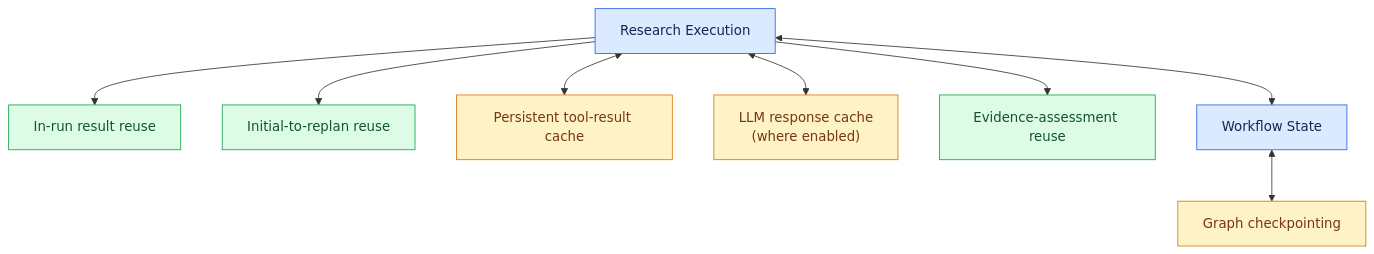
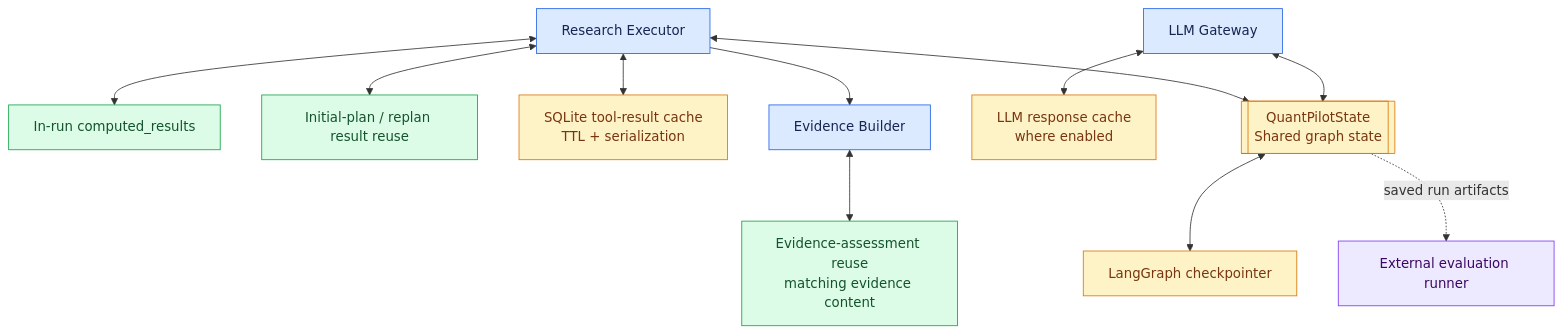
The fifth of 5 diagrams in quantpilot/README.md (vaibhav-rj/Agentic_AI), drawn with Mermaid before and after one commit. The commit also changed other lines of this file and 1 other file, not shown here.

Commit message:
updated central and schema readme.md

````diff
--- a/quantpilot/README.md
+++ b/quantpilot/README.md
@@ -319,27 +327,35 @@
 ```mermaid
 flowchart TB
-    EXEC["Research Execution"]
-    INRUN["In-run result reuse"]
-    INTER["Initial-to-replan reuse"]
-    TOOL["Persistent tool-result cache"]
-    LLM["LLM response cache<br/>(where enabled)"]
-    EVID["Evidence-assessment reuse"]
-    CHECK["Graph checkpointing"]
-    STATE["Workflow State"]
+    EXEC["Research Executor"]
+    COMPUTED["In-run computed_results"]
+    REPLAN["Initial-plan / replan result reuse"]
+    TOOL["SQLite tool-result cache<br/>TTL + serialization"]
+    EVID["Evidence Builder"]
+    ASSESS["Evidence-assessment reuse<br/>matching evidence content"]
+    LLM["LLM Gateway"]
+    LLM_CACHE["LLM response cache<br/>where enabled"]
+    STATE[["QuantPilotState<br/>Shared graph state"]]
+    CHECK["LangGraph checkpointer"]
+    EVAL["External evaluation runner"]
 
-    EXEC --> INRUN
-    EXEC --> INTER
+    EXEC <--> COMPUTED
+    EXEC <--> REPLAN
     EXEC <--> TOOL
-    EXEC <--> LLM
     EXEC --> EVID
+    EVID <--> ASSESS
+    LLM <--> LLM_CACHE
     EXEC <--> STATE
+    LLM <--> STATE
     STATE <--> CHECK
+    STATE -. saved run artifacts .-> EVAL
 
     classDef execution fill:#dbeafe,stroke:#2563eb,color:#172554
     classDef reuse fill:#dcfce7,stroke:#16a34a,color:#14532d
     classDef persistence fill:#fef3c7,stroke:#d97706,color:#78350f
+    classDef evaluation fill:#ede9fe,stroke:#7c3aed,color:#3b0764
 
-    class EXEC,STATE execution
-    class INRUN,INTER,EVID reuse
-    class TOOL,LLM,CHECK persistence
+    class EXEC,EVID,LLM execution
+    class COMPUTED,REPLAN,ASSESS reuse
+    class TOOL,LLM_CACHE,STATE,CHECK persistence
+    class EVAL evaluation
 ```
````
